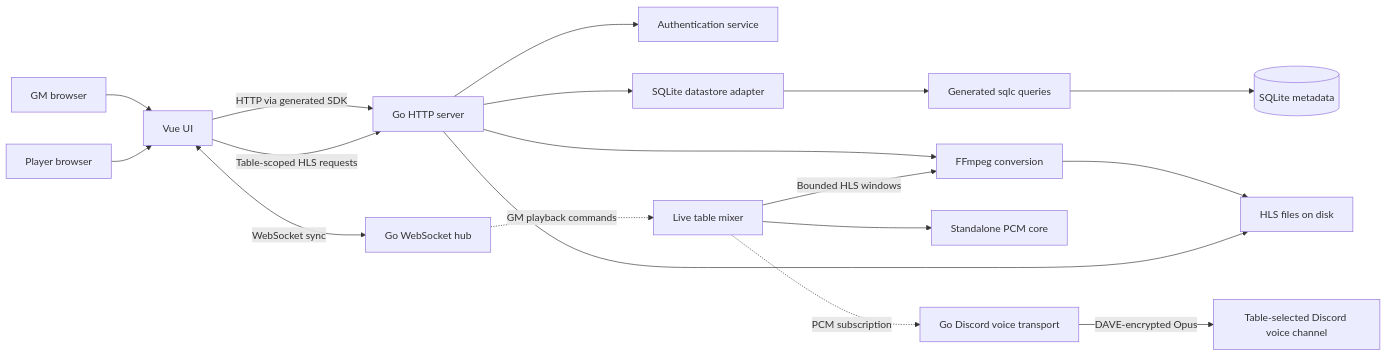
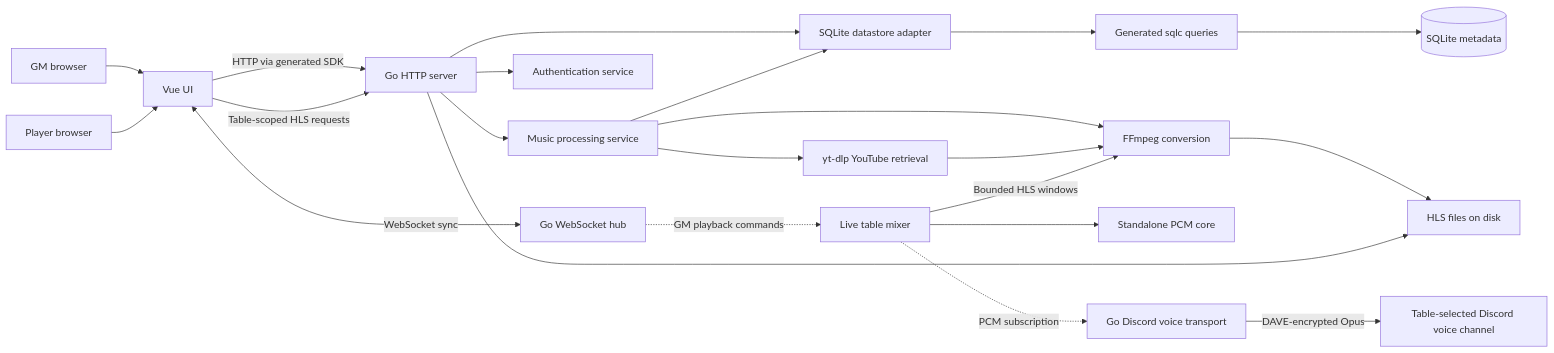
One commit to terrabitz/rpg-audio-streamer changed the diagram in docs/architecture.md. Above: the diagram before and after it, drawn with Mermaid. The commit also changed other lines of this file and 55 other files, not shown here.

Commit message:
feat: Import YouTube audio with background processing

````diff
--- a/docs/architecture.md
+++ b/docs/architecture.md
@@ -11,20 +11,24 @@
 ```mermaid
 flowchart LR
   GM[GM browser] --> UI[Vue UI]
   Player[Player browser] --> UI
   UI -->|HTTP via generated SDK| API[Go HTTP server]
   UI <-->|WebSocket sync| Hub[Go WebSocket hub]
   UI -->|Table-scoped HLS requests| API
   API --> Auth[Authentication service]
   API --> Store[SQLite datastore adapter]
   Store --> Queries[Generated sqlc queries]
   Queries --> DB[(SQLite metadata)]
-  API --> FFmpeg[FFmpeg conversion]
+  API --> Processing[Music processing service]
+  Processing --> Store
+  Processing --> FFmpeg[FFmpeg conversion]
+  Processing --> YTDLP[yt-dlp YouTube retrieval]
+  YTDLP --> FFmpeg
   FFmpeg --> Uploads[HLS files on disk]
   API --> Uploads
   Hub -.->|GM playback commands| Mix[Live table mixer]
   Mix --> PCM[Standalone PCM core]
   Mix -->|Bounded HLS windows| FFmpeg
   Mix -.->|PCM subscription| Voice[Go Discord voice transport]
   Voice -->|DAVE-encrypted Opus| Discord[Table-selected Discord voice channel]
 ```
````
